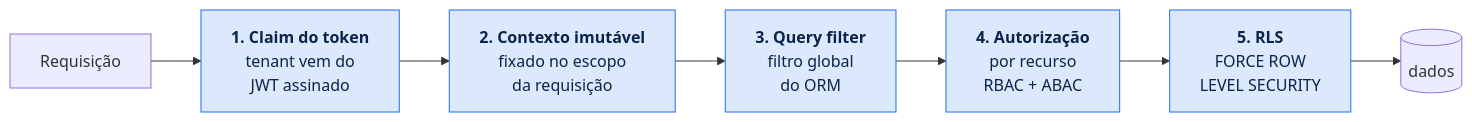
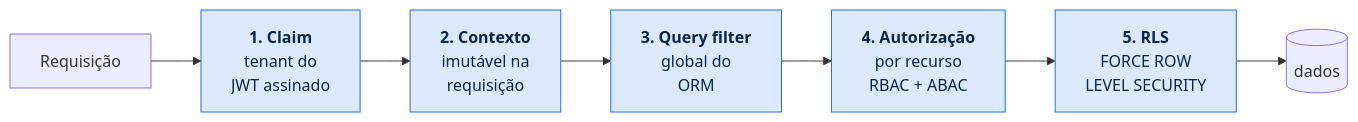
The fourth of 4 diagrams in README.md (volksec/0009098), drawn with Mermaid before and after one commit. The commit also changed other lines of this file and 37 other files, not shown here.

````diff
--- a/README.md
+++ b/README.md
@@ -566,11 +678,11 @@
 ```mermaid
 graph LR
     R["Requisição"] --> L1 --> L2 --> L3 --> L4 --> L5 --> DB[(dados)]
-    L1["<b>1. Claim do token</b><br/>tenant vem do<br/>JWT assinado"]
-    L2["<b>2. Contexto imutável</b><br/>fixado no escopo<br/>da requisição"]
-    L3["<b>3. Query filter</b><br/>filtro global<br/>do ORM"]
+    L1["<b>1. Claim</b><br/>tenant do<br/>JWT assinado"]
+    L2["<b>2. Contexto</b><br/>imutável na<br/>requisição"]
+    L3["<b>3. Query filter</b><br/>global do<br/>ORM"]
     L4["<b>4. Autorização</b><br/>por recurso<br/>RBAC + ABAC"]
     L5["<b>5. RLS</b><br/>FORCE ROW<br/>LEVEL SECURITY"]
     classDef l fill:#DCE9FD,stroke:#1F6FEB,color:#0B2447
     class L1,L2,L3,L4,L5 l
 ```
````
